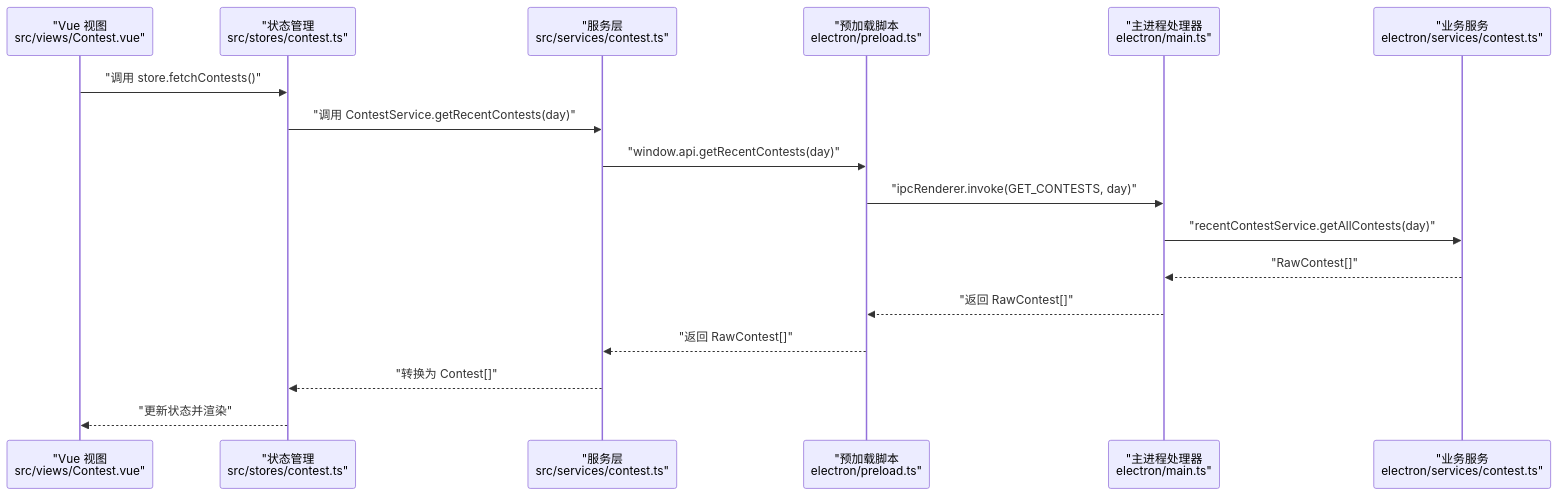
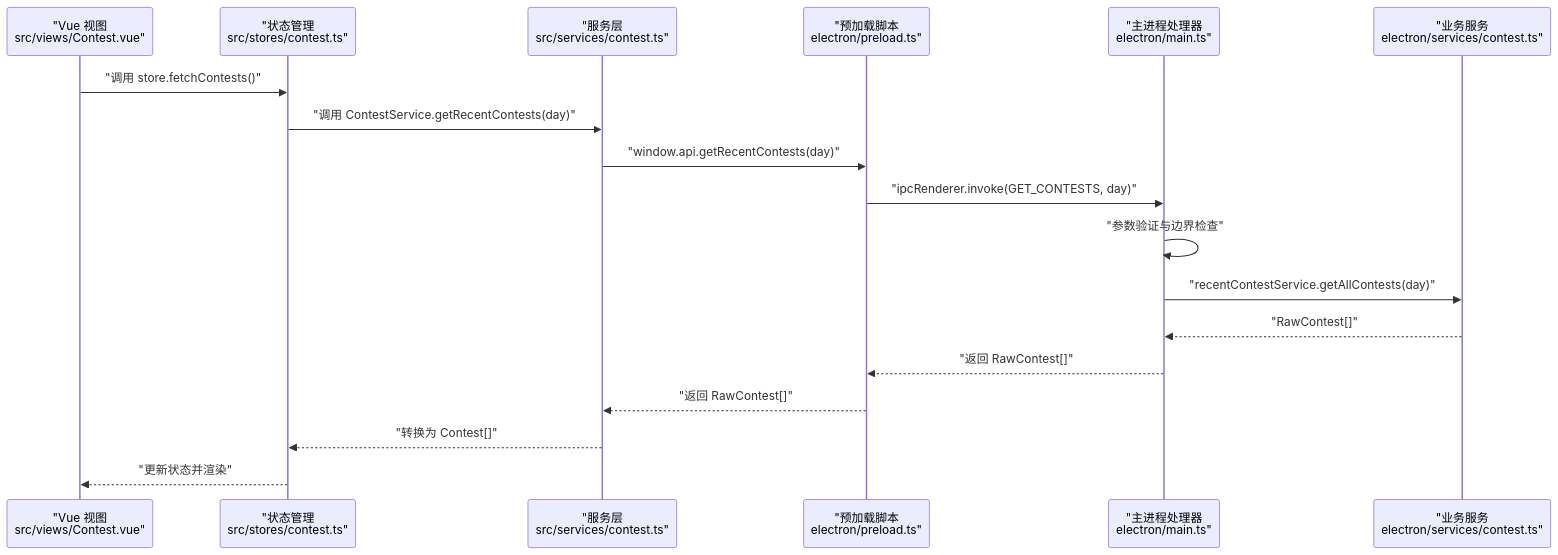
The second of 10 diagrams in .qoder/repowiki/zh/content/系统集成/IPC通信机制.md (Siborne/OJFlow), drawn with Mermaid before and after one commit. The commit also changed other lines of this file and 77 other files, not shown here.

First line of the commit message:
feat(ipc): 增强IPC类型安全与图标路径解析功能

````diff
--- a/.qoder/repowiki/zh/content/系统集成/IPC通信机制.md
+++ b/.qoder/repowiki/zh/content/系统集成/IPC通信机制.md
@@ -104,19 +117,20 @@
 ```mermaid
 sequenceDiagram
 participant View as "Vue 视图<br/>src/views/Contest.vue"
 participant Store as "状态管理<br/>src/stores/contest.ts"
 participant Service as "服务层<br/>src/services/contest.ts"
 participant Preload as "预加载脚本<br/>electron/preload.ts"
 participant Main as "主进程处理器<br/>electron/main.ts"
 participant Svc as "业务服务<br/>electron/services/contest.ts"
 View->>Store : "调用 store.fetchContests()"
 Store->>Service : "调用 ContestService.getRecentContests(day)"
 Service->>Preload : "window.api.getRecentContests(day)"
 Preload->>Main : "ipcRenderer.invoke(GET_CONTESTS, day)"
+Main->>Main : "参数验证与边界检查"
 Main->>Svc : "recentContestService.getAllContests(day)"
 Svc-->>Main : "RawContest[]"
 Main-->>Preload : "返回 RawContest[]"
 Preload-->>Service : "返回 RawContest[]"
 Service-->>Store : "转换为 Contest[]"
 Store-->>View : "更新状态并渲染"
 ```
````
